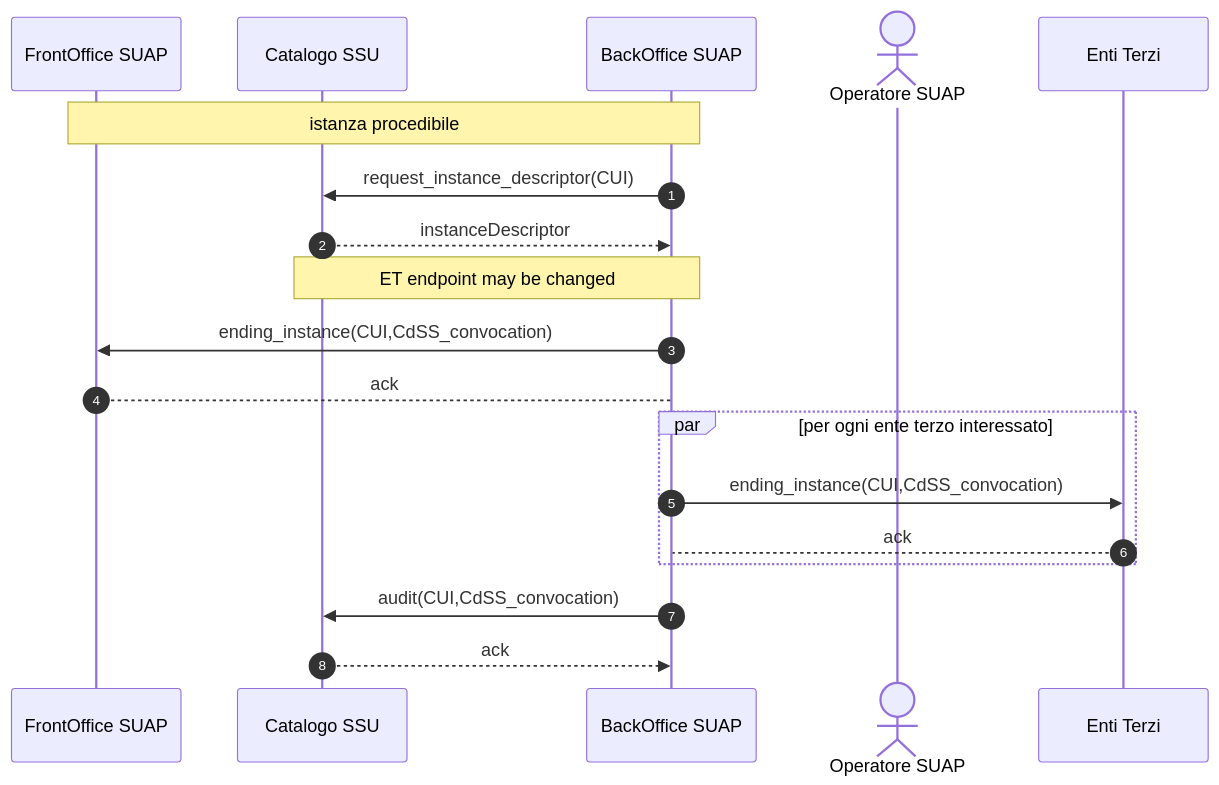
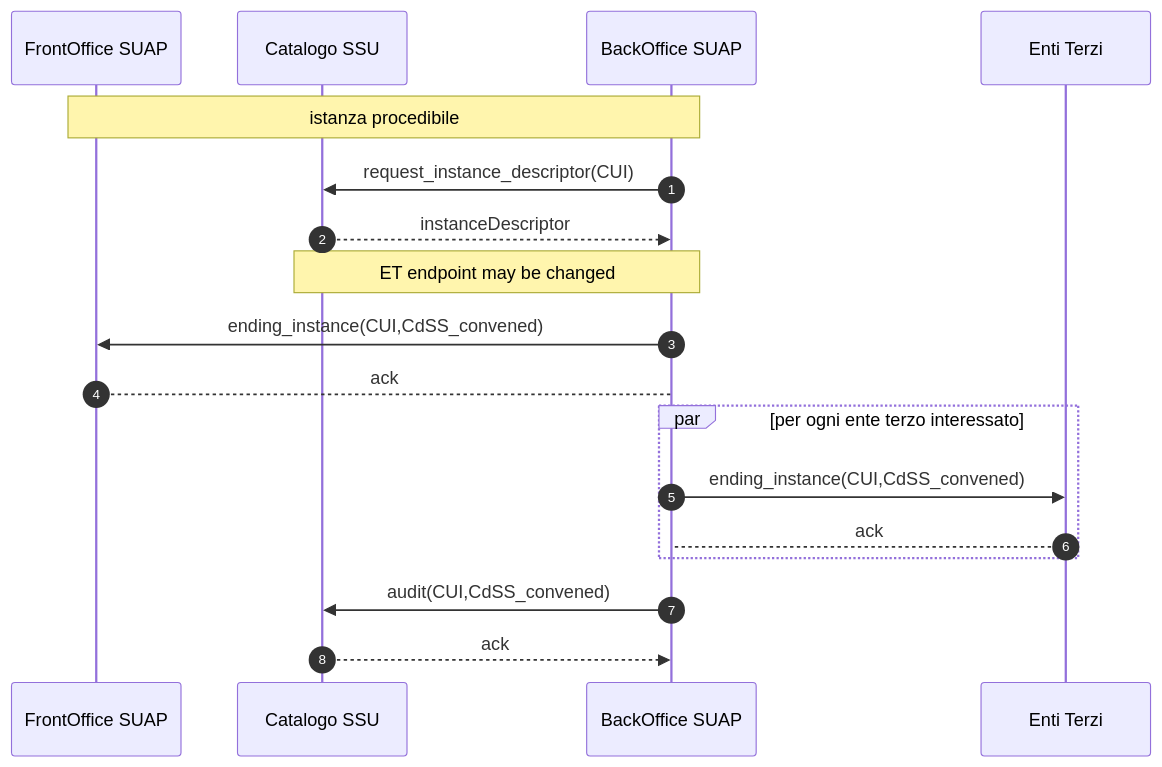
One commit to AgID/suap-gt-specifiche changed the diagram in to_interoperabilita/sequence-diagram/DomandaAutorizzazione-001.mermaid. Above: the diagram before and after it, drawn with Mermaid.

Commit message:
fixed DomandaAutorizzazione-0

```diff
--- a/to_interoperabilita/sequence-diagram/DomandaAutorizzazione-001.mermaid
+++ b/to_interoperabilita/sequence-diagram/DomandaAutorizzazione-001.mermaid
@@ -1,24 +1,24 @@
 sequenceDiagram
     autonumber
   
     participant F as FrontOffice SUAP
     participant C as Catalogo SSU    
     participant B as BackOffice SUAP    
-    actor O as Operatore SUAP    
     participant E as Enti Terzi    
  
     Note over F,B: istanza procedibile
     B ->> C: request_instance_descriptor(CUI)
     C -->> B: instanceDescriptor
     Note over C,B: ET endpoint may be changed
 
             
-    B ->> F: ending_instance(CUI,CdSS_convocation)
+    B ->> F: ending_instance(CUI,CdSS_convened)
     F --> B: ack    
 
     par per ogni ente terzo interessato
-        B ->> E: ending_instance(CUI,CdSS_convocation)
+        B ->> E: ending_instance(CUI,CdSS_convened)
         E --> B: ack
     end
-    B ->> C: audit(CUI,CdSS_convocation)
+    
+    B ->> C: audit(CUI,CdSS_convened)
     C -->> B: ack
```
